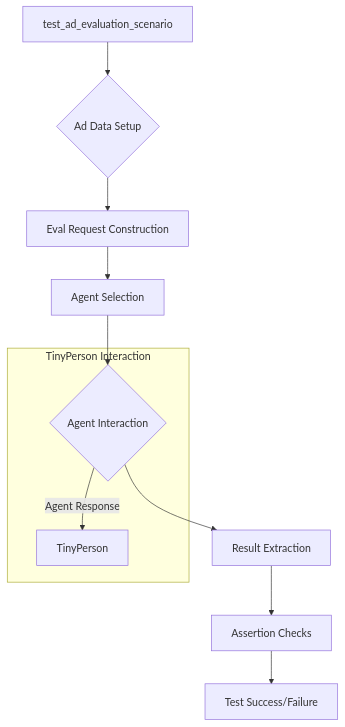
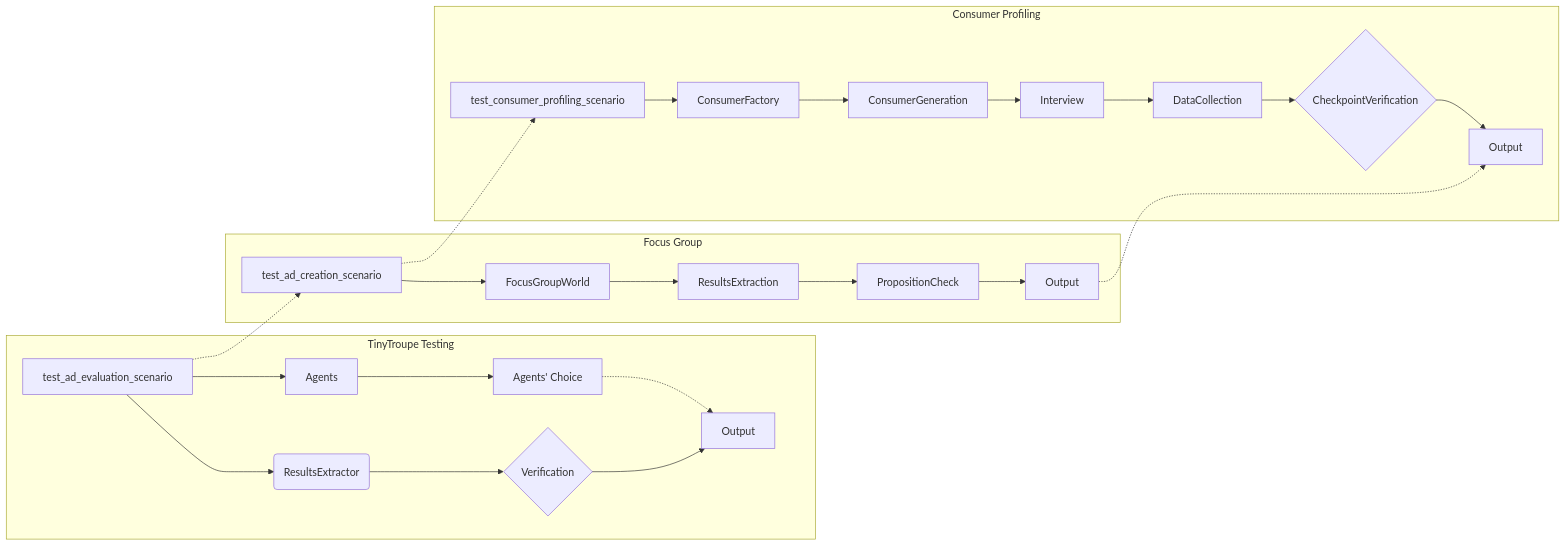
The diagram in docs/gemini/ru/explainer/src/ai/tiny_troupe/TinyTroupe/tests/scenarios/test_advertisement_scenarios.md (hypo69/hypo), drawn with Mermaid before and after one commit. The commit also changed other lines of this file and 632 other files, not shown here.

````diff
--- a/docs/gemini/ru/explainer/src/ai/tiny_troupe/TinyTroupe/tests/scenarios/test_advertisement_scenarios.md
+++ b/docs/gemini/ru/explainer/src/ai/tiny_troupe/TinyTroupe/tests/scenarios/test_advertisement_scenarios.md
@@ -49,13 +63,28 @@
 ```mermaid
-graph TD
-    A[test_ad_evaluation_scenario] --> B{Ad Data Setup};
-    B --> C[Eval Request Construction];
-    C --> D[Agent Selection];
-    D --> E{Agent Interaction};
-    E --> F[Result Extraction];
-    F --> G[Assertion Checks];
-    G --> H[Test Success/Failure];
-    subgraph TinyPerson Interaction
-        E -- Agent Response --> I[TinyPerson];
+graph LR
+    subgraph TinyTroupe Testing
+        A[test_ad_evaluation_scenario] --> B(ResultsExtractor);
+        B --> C{Verification};
+        C --> D[Output];
+        A --> E[Agents];
+        E --> F[Agents' Choice];
     end
+    subgraph Focus Group
+        G[test_ad_creation_scenario] --> H[FocusGroupWorld];
+        H --> I[ResultsExtraction];
+        I --> J[PropositionCheck];
+        J --> K[Output];
+    end
+    subgraph Consumer Profiling
+        L[test_consumer_profiling_scenario] --> M[ConsumerFactory];
+        M --> N[ConsumerGeneration];
+        N --> O[Interview];
+        O --> P[DataCollection];
+        P --> Q{CheckpointVerification};
+        Q --> R[Output];
+    end
+    
+    A -.-> G -.-> L;  
+    F -.-> D;
+    K -.-> R;
 ```
````
